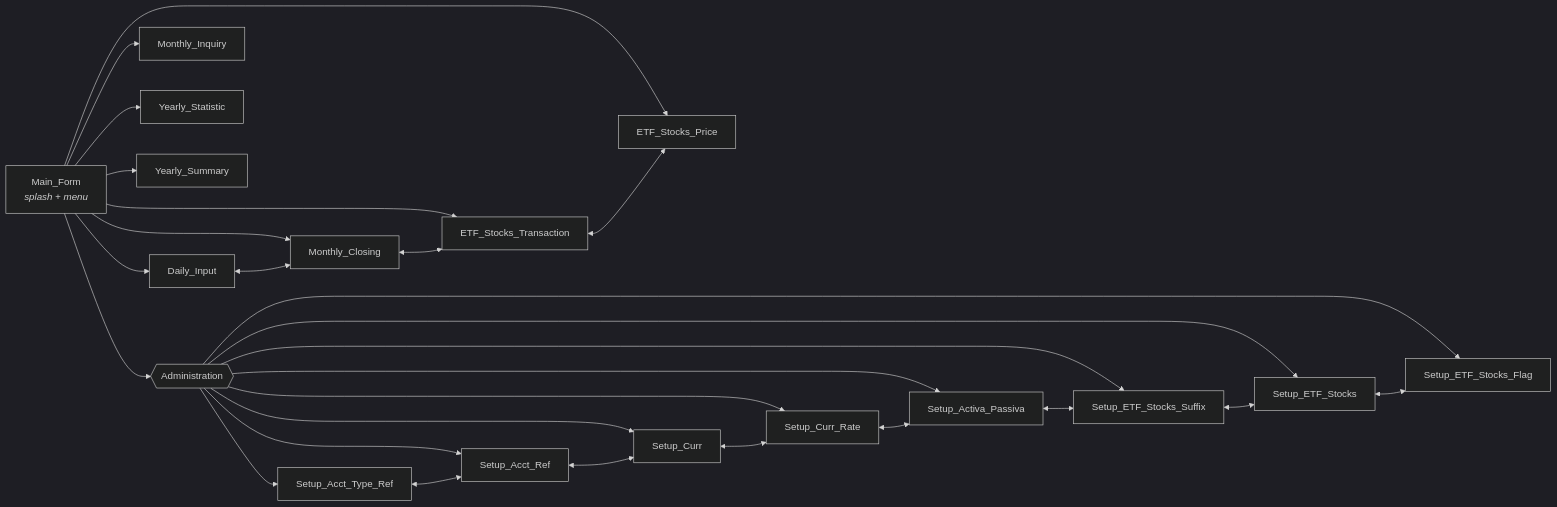
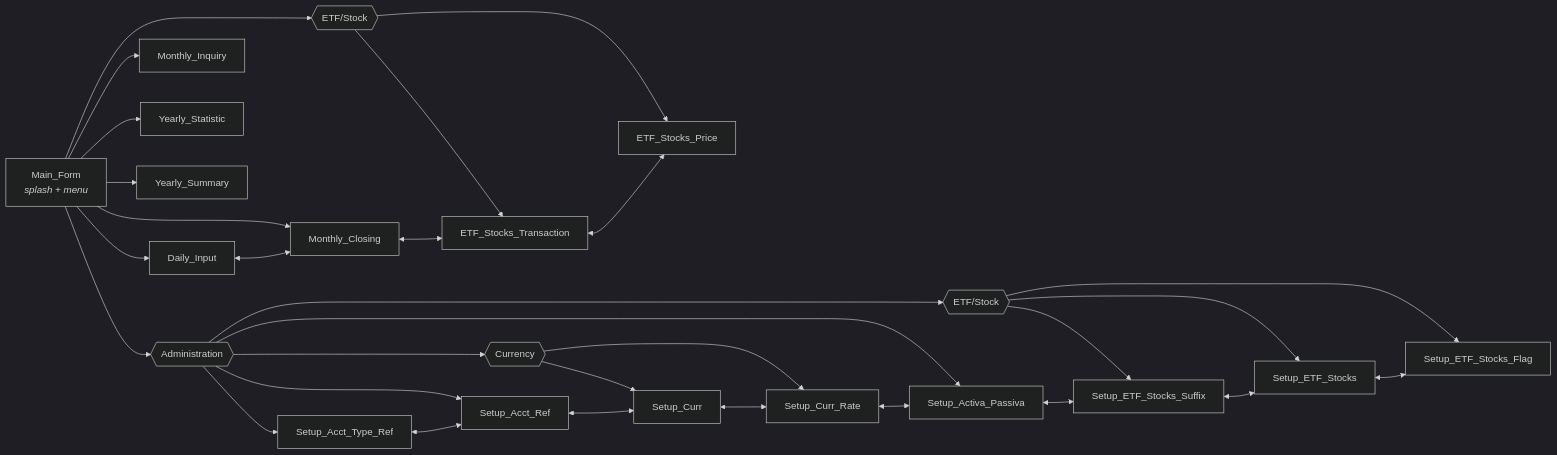
Before and after one commit to oscar-rijadi/FinancialBalance: the second of 3 diagrams in README.md, drawn with Mermaid (dark theme). The commit also changed other lines of this file and 34 other files, not shown here.

````diff
--- a/README.md
+++ b/README.md
@@ -87,34 +100,37 @@
 ```mermaid
 flowchart LR
     MAIN["Main_Form<br/><i>splash + menu</i>"]
 
     MAIN --> DI["Daily_Input"]
     MAIN --> MC["Monthly_Closing"]
-    MAIN --> ETX["ETF_Stocks_Transaction"]
-    MAIN --> ETP["ETF_Stocks_Price"]
+    MAIN --> PETFG{{"ETF/Stock"}}
+    PETFG --> ETX["ETF_Stocks_Transaction"]
+    PETFG --> ETP["ETF_Stocks_Price"]
     MAIN --> MI["Monthly_Inquiry"]
     MAIN --> YT["Yearly_Statistic"]
     MAIN --> YS["Yearly_Summary"]
 
     MAIN --> ADMIN{{"Administration"}}
     ADMIN --> SATR["Setup_Acct_Type_Ref"]
     ADMIN --> SAR["Setup_Acct_Ref"]
-    ADMIN --> SC["Setup_Curr"]
-    ADMIN --> SCR["Setup_Curr_Rate"]
+    ADMIN --> CURG{{"Currency"}}
+    CURG --> SC["Setup_Curr"]
+    CURG --> SCR["Setup_Curr_Rate"]
     ADMIN --> SAP["Setup_Activa_Passiva"]
-    ADMIN --> SES["Setup_ETF_Stocks_Suffix"]
-    ADMIN --> SET["Setup_ETF_Stocks"]
-    ADMIN --> SEF["Setup_ETF_Stocks_Flag"]
+    ADMIN --> ETFG{{"ETF/Stock"}}
+    ETFG --> SES["Setup_ETF_Stocks_Suffix"]
+    ETFG --> SET["Setup_ETF_Stocks"]
+    ETFG --> SEF["Setup_ETF_Stocks_Flag"]
 
     DI <--> MC
     MC <--> ETX
     ETX <--> ETP
 
     SATR <--> SAR
     SAR <--> SC
     SC <--> SCR
     SCR <--> SAP
     SAP <--> SES
     SES <--> SET
     SET <--> SEF
 ```
````
